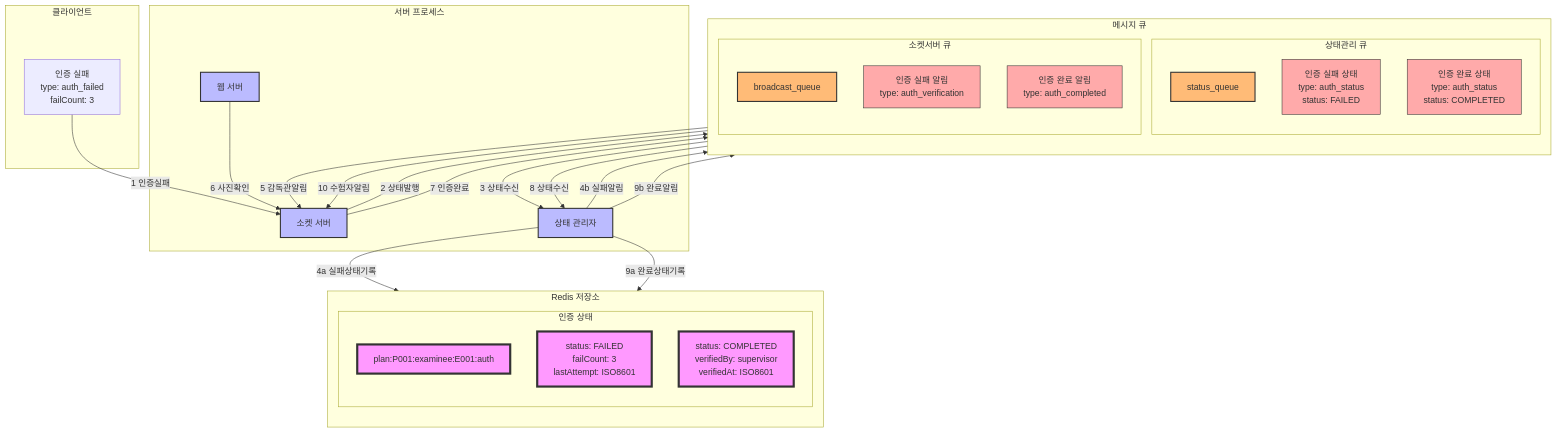
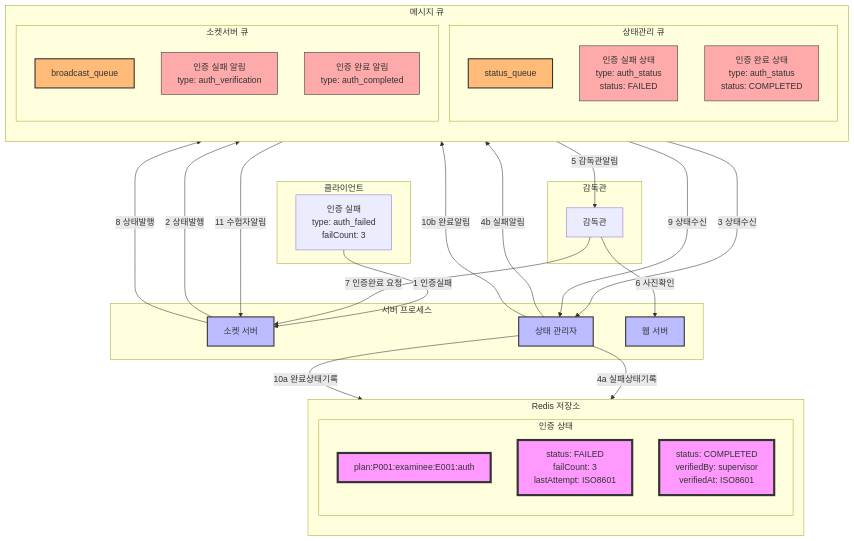
One commit to ldmrepo/exam-arch changed the second of 2 diagrams in 시나리오/14 수험자 본인인증 시나리오.md. Above: the diagram before and after it, drawn with Mermaid.

Commit message:
메시지 명세서 업데이트: 감독관 추가 및 데이터 흐름 수정

````diff
--- a/시나리오/14 수험자 본인인증 시나리오.md
+++ b/시나리오/14 수험자 본인인증 시나리오.md
@@ -46,74 +46,79 @@
 ```mermaid
 flowchart TB
     subgraph Client[클라이언트]
         AF["인증 실패
         type: auth_failed
         failCount: 3"]
+    end
+
+    subgraph Supervisor[감독관]
+        S["감독관"]
     end
 
     subgraph MessageQueue[메시지 큐]
         direction TB
         subgraph StatusQueue[상태관리 큐]
             SQ[status_queue]
             SQ1["인증 실패 상태
             type: auth_status
             status: FAILED"]
             SQ2["인증 완료 상태
             type: auth_status
             status: COMPLETED"]
         end
         subgraph BroadcastQueue[소켓서버 큐]
             BQ[broadcast_queue]
             BQ1["인증 실패 알림
             type: auth_verification"]
             BQ2["인증 완료 알림
             type: auth_completed"]
         end
     end
 
     subgraph Redis[Redis 저장소]
         direction TB
         subgraph AuthStatus[인증 상태]
             AS["plan:P001:examinee:E001:auth"]
             AS1["status: FAILED
             failCount: 3
             lastAttempt: ISO8601"]
             AS2["status: COMPLETED
             verifiedBy: supervisor
             verifiedAt: ISO8601"]
         end
     end
 
     subgraph Server[서버 프로세스]
         SP[소켓 서버]
         SM[상태 관리자]
         WS[웹 서버]
     end
 
     %% 데이터 흐름
-    AF -->|1 인증실패| SP
-    SP -->|2 상태발행| SQ1
-    SQ1 -->|3 상태수신| SM
-    SM -->|4a 실패상태기록| AS1
-    SM -->|4b 실패알림| BQ1
-    BQ1 -->|5 감독관알림| SP
+    AF -->|"1 인증실패"| SP
+    SP -->|"2 상태발행"| SQ1
+    SQ1 -->|"3 상태수신"| SM
+    SM -->|"4a 실패상태기록"| AS1
+    SM -->|"4b 실패알림"| BQ1
+    BQ1 -->|"5 감독관알림"| S
 
-    WS -->|6 사진확인| SP
-    SP -->|7 인증완료| SQ2
-    SQ2 -->|8 상태수신| SM
-    SM -->|9a 완료상태기록| AS2
-    SM -->|9b 완료알림| BQ2
-    BQ2 -->|10 수험자알림| SP
+    S -->|"6 사진확인"| WS
+    S -->|"7 인증완료 요청"| SP
+    SP -->|"8 상태발행"| SQ2
+    SQ2 -->|"9 상태수신"| SM
+    SM -->|"10a 완료상태기록"| AS2
+    SM -->|"10b 완료알림"| BQ2
+    BQ2 -->|"11 수험자알림"| SP
 
     %% 스타일링
     classDef storage fill:#f9f,stroke:#333,stroke-width:4px
     classDef process fill:#bbf,stroke:#333,stroke-width:2px
     classDef queue fill:#fb7,stroke:#333,stroke-width:2px
     classDef event fill:#afa,stroke:#333,stroke-width:1px
     classDef message fill:#faa,stroke:#333,stroke-width:1px
 
     class AS,AS1,AS2 storage
     class SP,SM,WS process
     class SQ,BQ queue
     class SQ1,SQ2,BQ1,BQ2 message
 ```
````
